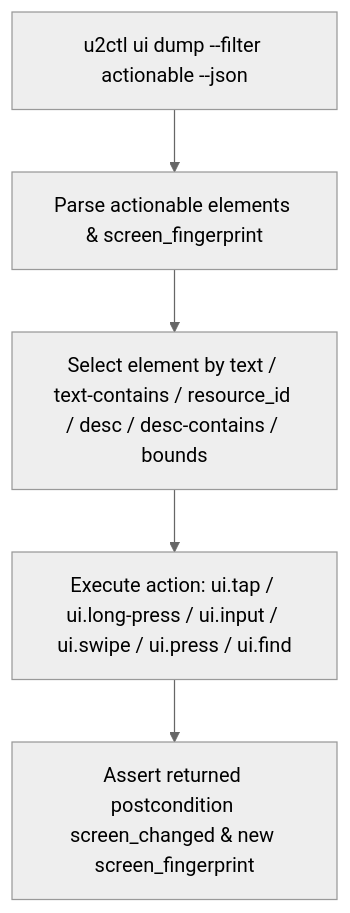
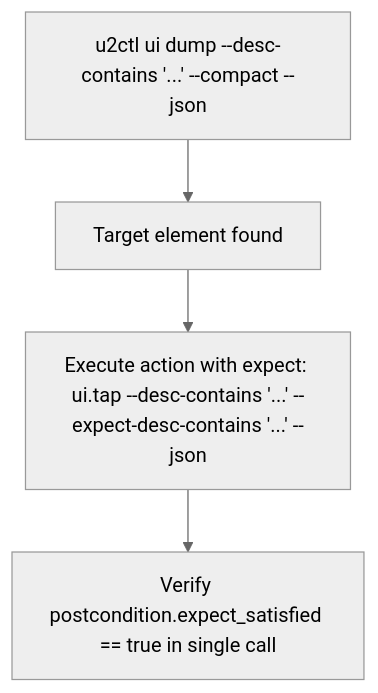
The diagram in .agents/skills/u2ctl/SKILL.md (themikehage/u2ctl), drawn with Mermaid (neutral theme) before and after one commit. The commit also changed other lines of this file and 14 other files, not shown here.

````diff
--- a/.agents/skills/u2ctl/SKILL.md
+++ b/.agents/skills/u2ctl/SKILL.md
@@ -104,7 +104,6 @@
 ```mermaid
 graph TD
-    A[u2ctl ui dump --filter actionable --json] --> B[Parse actionable elements & screen_fingerprint]
-    B --> C[Select element by text / text-contains / resource_id / desc / desc-contains / bounds]
-    C --> D[Execute action: ui.tap / ui.long-press / ui.input / ui.swipe / ui.press / ui.find]
-    D --> E[Assert returned postcondition screen_changed & new screen_fingerprint]
+    A[u2ctl ui dump --desc-contains '...' --compact --json] --> B[Target element found]
+    B --> C[Execute action with expect: ui.tap --desc-contains '...' --expect-desc-contains '...' --json]
+    C --> D[Verify postcondition.expect_satisfied == true in single call]
 ```
````
